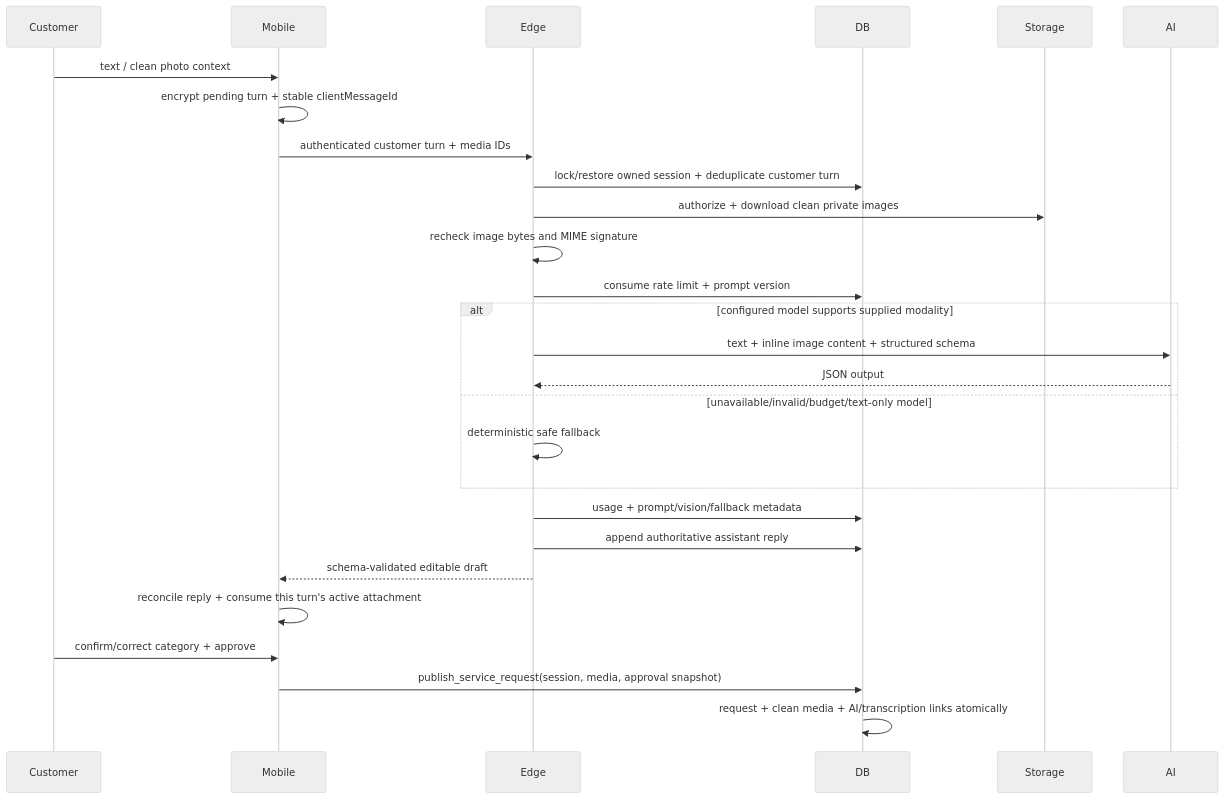
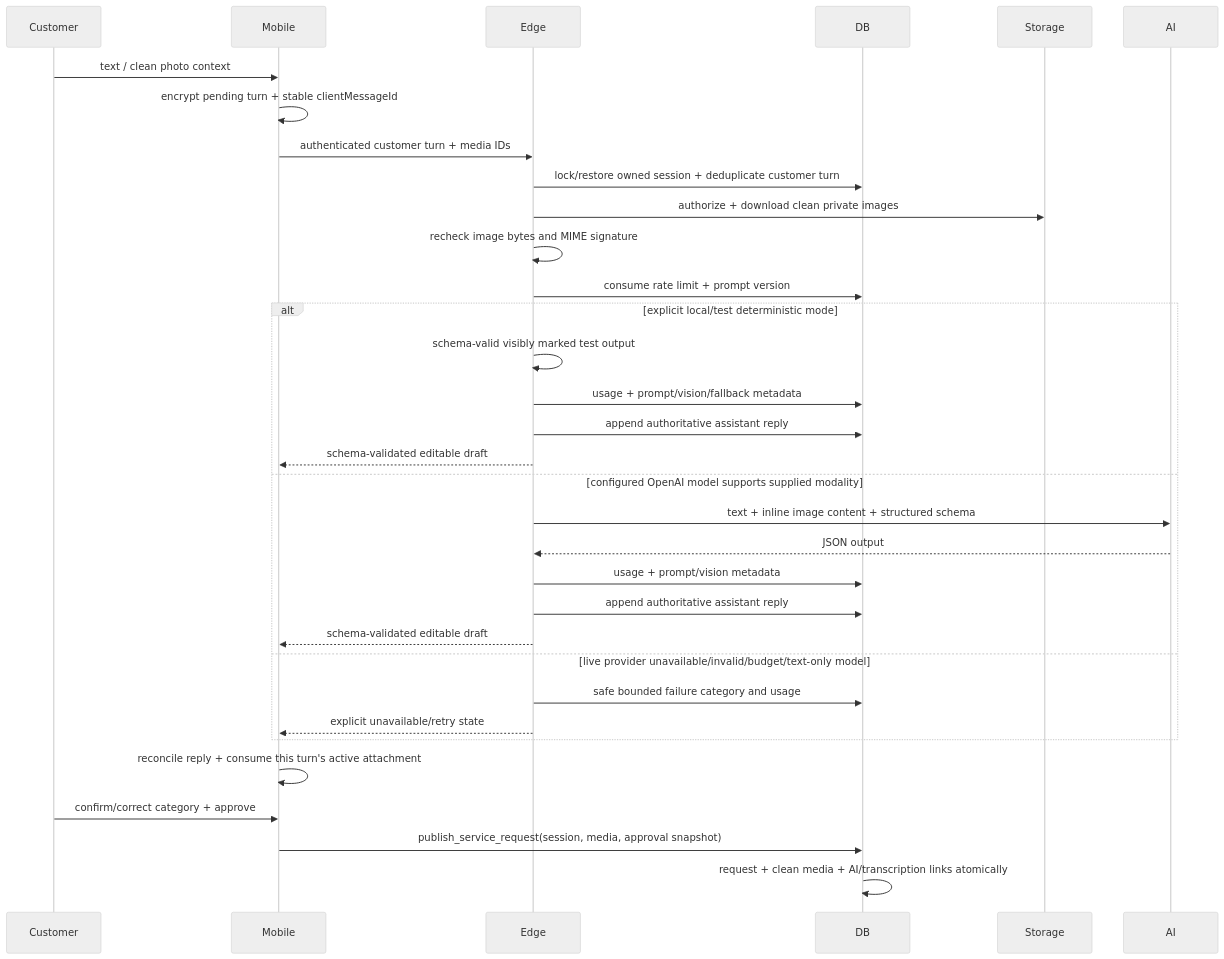
The diagram in docs/architecture/AI_ARCHITECTURE.md (mohmammed0/Mohammed-Sallah-app), drawn with Mermaid (neutral theme) before and after one commit. The commit also changed other lines of this file and 3 other files, not shown here.

````diff
--- a/docs/architecture/AI_ARCHITECTURE.md
+++ b/docs/architecture/AI_ARCHITECTURE.md
@@ -41,23 +62,29 @@
 ```mermaid
 sequenceDiagram
   Customer->>Mobile: text / clean photo context
   Mobile->>Mobile: encrypt pending turn + stable clientMessageId
   Mobile->>Edge: authenticated customer turn + media IDs
   Edge->>DB: lock/restore owned session + deduplicate customer turn
   Edge->>Storage: authorize + download clean private images
   Edge->>Edge: recheck image bytes and MIME signature
   Edge->>DB: consume rate limit + prompt version
-  alt configured model supports supplied modality
+  alt explicit local/test deterministic mode
+    Edge->>Edge: schema-valid visibly marked test output
+    Edge->>DB: usage + prompt/vision/fallback metadata
+    Edge->>DB: append authoritative assistant reply
+    Edge-->>Mobile: schema-validated editable draft
+  else configured OpenAI model supports supplied modality
     Edge->>AI: text + inline image content + structured schema
     AI-->>Edge: JSON output
-  else unavailable/invalid/budget/text-only model
-    Edge->>Edge: deterministic safe fallback
+    Edge->>DB: usage + prompt/vision metadata
+    Edge->>DB: append authoritative assistant reply
+    Edge-->>Mobile: schema-validated editable draft
+  else live provider unavailable/invalid/budget/text-only model
+    Edge->>DB: safe bounded failure category and usage
+    Edge-->>Mobile: explicit unavailable/retry state
   end
-  Edge->>DB: usage + prompt/vision/fallback metadata
-  Edge->>DB: append authoritative assistant reply
-  Edge-->>Mobile: schema-validated editable draft
   Mobile->>Mobile: reconcile reply + consume this turn's active attachment
   Customer->>Mobile: confirm/correct category + approve
   Mobile->>DB: publish_service_request(session, media, approval snapshot)
   DB->>DB: request + clean media + AI/transcription links atomically
 ```
````
